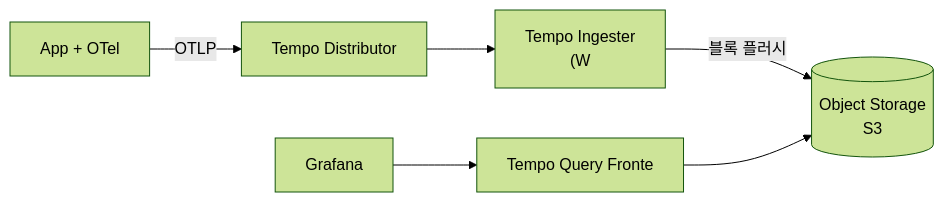
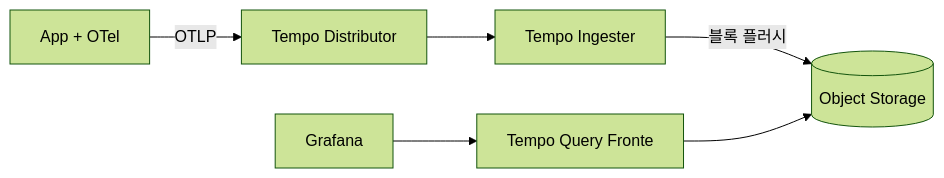
One commit to yjkim2015/yjkim2015.github.io changed the fifth of 7 diagrams in _posts/monitoring/2026-05-03-distributed-tracing.md. Above: the diagram before and after it, drawn with Mermaid (forest theme). The commit also changed other lines of this file and 217 other files, not shown here.

First line of the commit message:
Mermaid 크기 수정: useMaxWidth:true + SVG max-width:100% + 라벨 축소

````diff
--- a/_posts/monitoring/2026-05-03-distributed-tracing.md
+++ b/_posts/monitoring/2026-05-03-distributed-tracing.md
@@ -227,8 +227,8 @@
 ```mermaid
 graph LR
     APP["App + OTel"] -->|"OTLP"| DIST["Tempo Distributor"]
-    DIST --> ING["Tempo Ingester\n(W"]
-    ING -->|"블록 플러시"| S3[("Object Storage\nS3")]
+    DIST --> ING["Tempo Ingester"]
+    ING -->|"블록 플러시"| S3[("Object Storage")]
     QUERY["Tempo Query Fronte"] --> S3
     GRAFANA["Grafana"] --> QUERY
 ```
````
